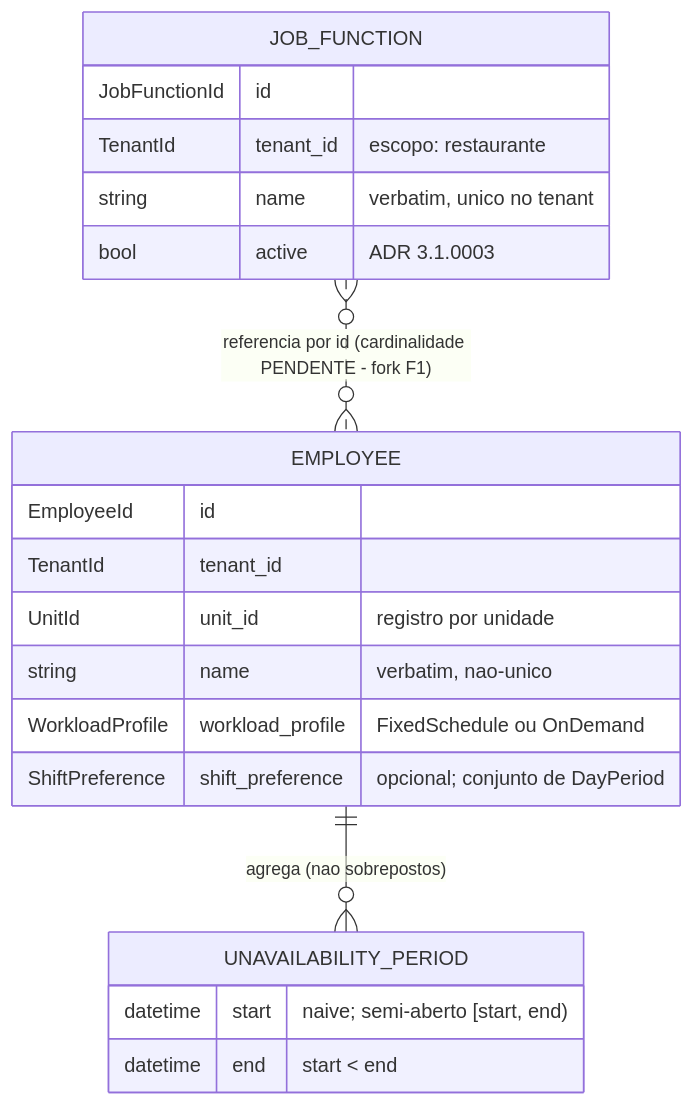
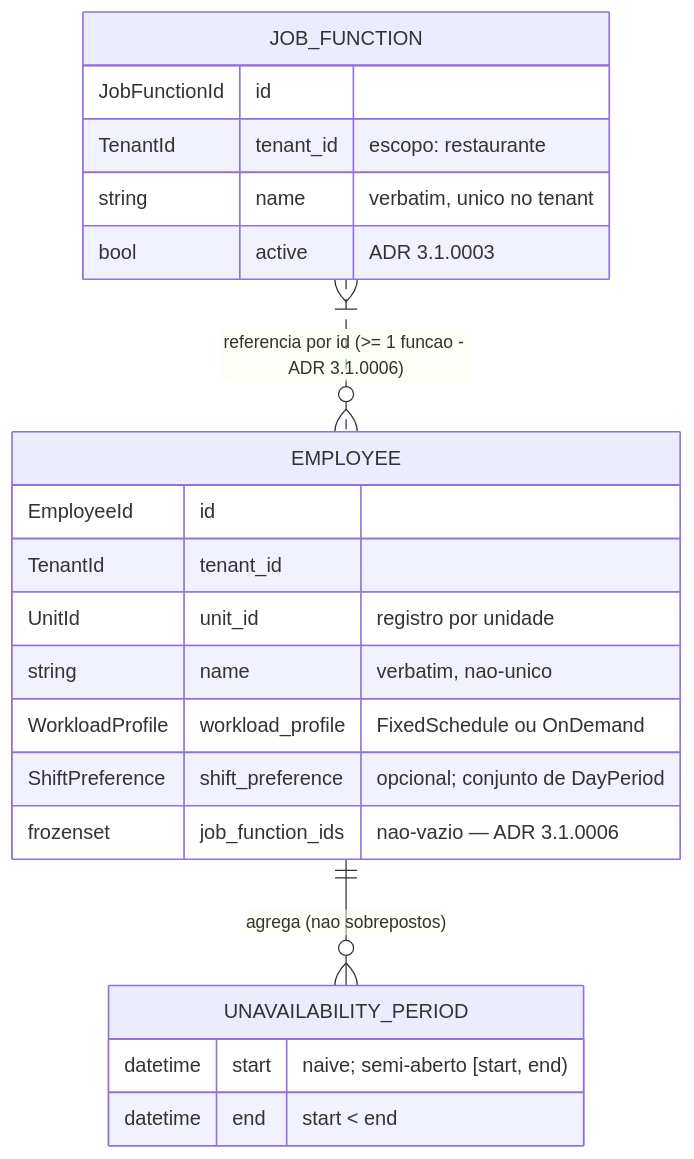
Before and after one commit to MarceloSanC/restaurant-hub: the diagram in docs/stages/3.1-staff-domain/concept.md, drawn with Mermaid. The commit also changed other lines of this file and 1 other file, not shown here.

First line of the commit message:
docs(staff): bakear decisão do sponsor no fork F1 — conjunto não-vazio de funções [3.1/--]

````diff
--- a/docs/stages/3.1-staff-domain/concept.md
+++ b/docs/stages/3.1-staff-domain/concept.md
@@ -411,23 +430,24 @@
 ```mermaid
 erDiagram
-  JOB_FUNCTION }o..o{ EMPLOYEE : "referencia por id (cardinalidade PENDENTE - fork F1)"
+  JOB_FUNCTION }|..o{ EMPLOYEE : "referencia por id (>= 1 funcao - ADR 3.1.0006)"
   EMPLOYEE ||--o{ UNAVAILABILITY_PERIOD : "agrega (nao sobrepostos)"
   JOB_FUNCTION {
     JobFunctionId id
     TenantId tenant_id "escopo: restaurante"
     string name "verbatim, unico no tenant"
     bool active "ADR 3.1.0003"
   }
   EMPLOYEE {
     EmployeeId id
     TenantId tenant_id
     UnitId unit_id "registro por unidade"
     string name "verbatim, nao-unico"
     WorkloadProfile workload_profile "FixedSchedule ou OnDemand"
     ShiftPreference shift_preference "opcional; conjunto de DayPeriod"
+    frozenset job_function_ids "nao-vazio — ADR 3.1.0006"
   }
   UNAVAILABILITY_PERIOD {
     datetime start "naive; semi-aberto [start, end)"
     datetime end "start < end"
   }
 ```
````
